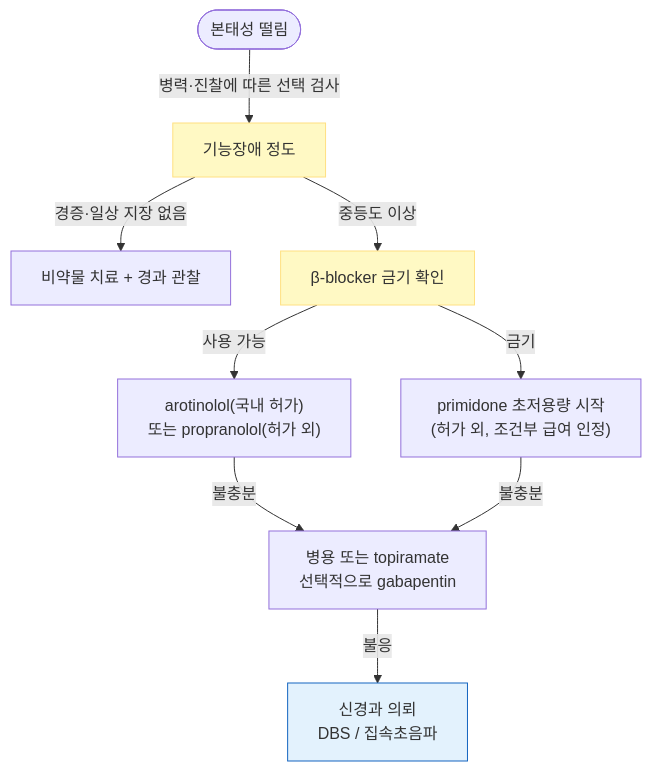
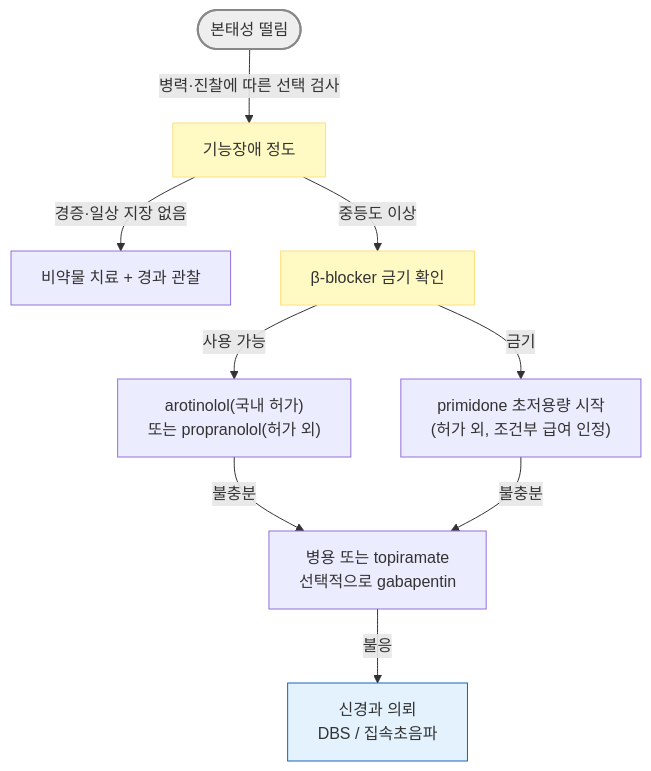
The second of 2 diagrams in 221_/034_-tremor.md (familyoh77/familyoh77), drawn with Mermaid before and after one commit. The commit also changed other lines of this file, not shown here.

````diff
--- a/221_/034_-tremor.md
+++ b/221_/034_-tremor.md
@@ -237,14 +240,15 @@
 ```mermaid
 flowchart TD
     J1(["본태성 떨림"]) -- "병력·진찰에 따른 선택 검사" --> P["기능장애 정도"]
     P -- "경증·일상 지장 없음" --> Q["비약물 치료 + 경과 관찰"]
     P -- "중등도 이상" --> R["β-blocker 금기 확인"]
     R -- "사용 가능" --> S["arotinolol(국내 허가)<br/>또는 propranolol(허가 외)"]
     R -- "금기" --> T["primidone 초저용량 시작<br/>(허가 외, 조건부 급여 인정)"]
     S -- "불충분" --> U["병용 또는 topiramate<br/>선택적으로 gabapentin"]
     T -- "불충분" --> U
     U -- "불응" --> V["신경과 의뢰<br/>DBS / 집속초음파"]
+    style J1 fill:#eeeeee,stroke:#888888,stroke-width:2px
     style P fill:#fff9c4,stroke:#ffe082
     style R fill:#fff9c4,stroke:#ffe082
     style V fill:#e3f2fd,stroke:#1565c0
 ```
````
